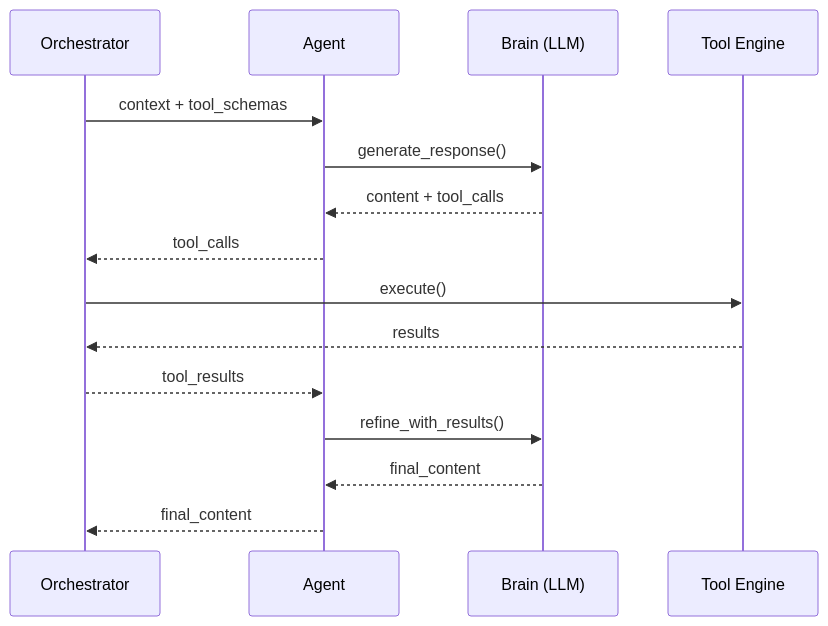
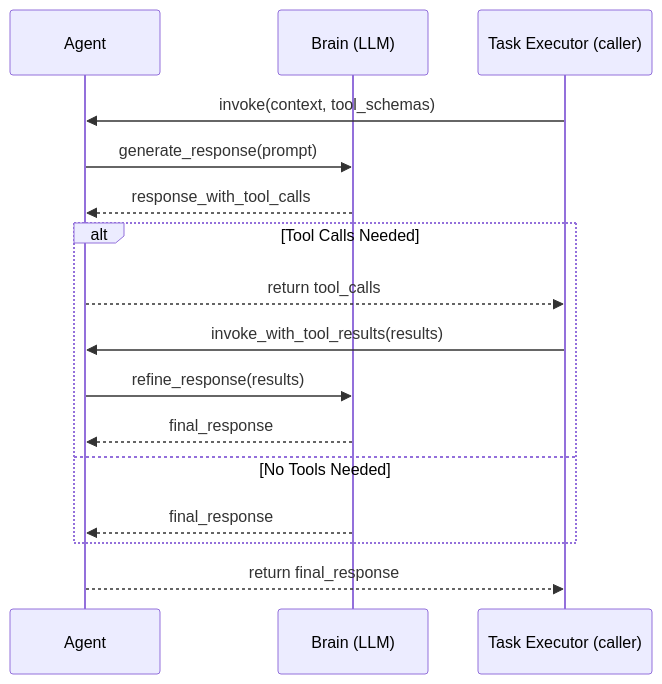
The fourth of 4 diagrams in docs/01-architecture.md (dustland/roboco), drawn with Mermaid before and after one commit. The commit also changed other lines of this file, not shown here.

Commit message:
refactor: restructure AgentX architecture documentation to clarify the four-layer model, enhance descriptions of key components, and improve the explanation of task execution modes and agent collaboration processes

````diff
--- a/docs/01-architecture.md
+++ b/docs/01-architecture.md
@@ -346,17 +189,21 @@
 ```mermaid
 sequenceDiagram
-    participant OR as Orchestrator
     participant AG as Agent
     participant BR as Brain (LLM)
-    participant TE as Tool Engine
-    OR->>AG: context + tool_schemas
-    AG->>BR: generate_response()
-    BR-->>AG: content + tool_calls
-    AG-->>OR: tool_calls
-    OR->>TE: execute()
-    TE-->>OR: results
-    OR-->>AG: tool_results
-    AG->>BR: refine_with_results()
-    BR-->>AG: final_content
-    AG-->>OR: final_content
+    participant TX as Task Executor (caller)
+
+    TX->>AG: invoke(context, tool_schemas)
+    AG->>BR: generate_response(prompt)
+    BR-->>AG: response_with_tool_calls
+
+    alt Tool Calls Needed
+        AG-->>TX: return tool_calls
+        TX->>AG: invoke_with_tool_results(results)
+        AG->>BR: refine_response(results)
+        BR-->>AG: final_response
+    else No Tools Needed
+        BR-->>AG: final_response
+    end
+
+    AG-->>TX: return final_response
 ```
````
